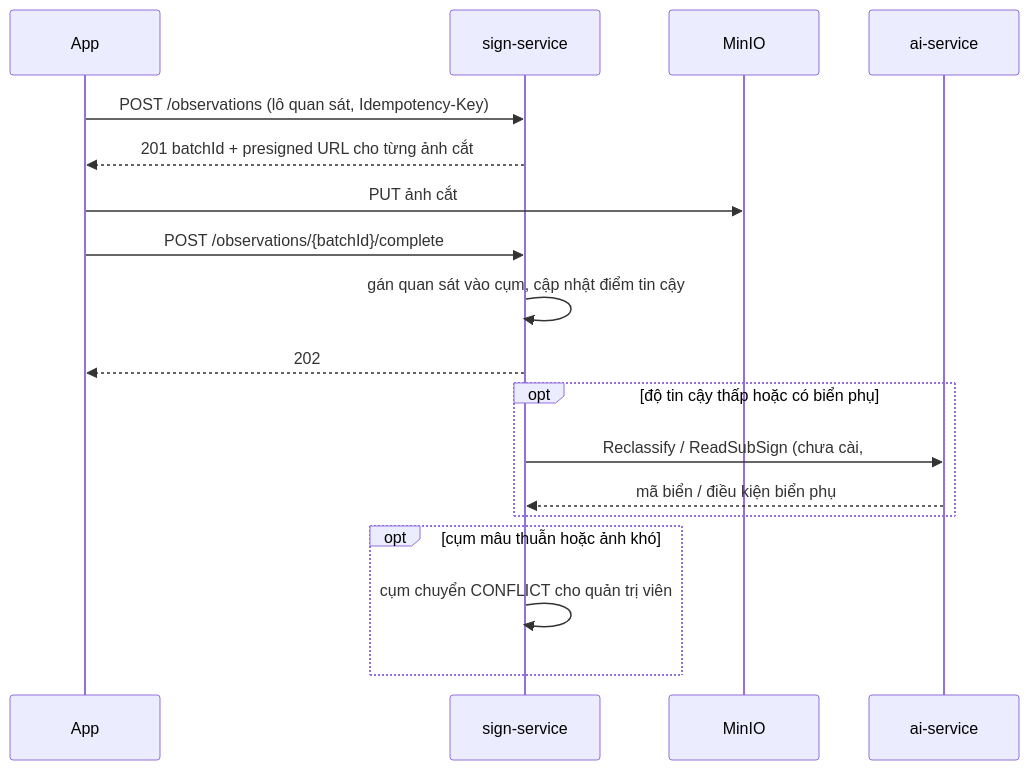
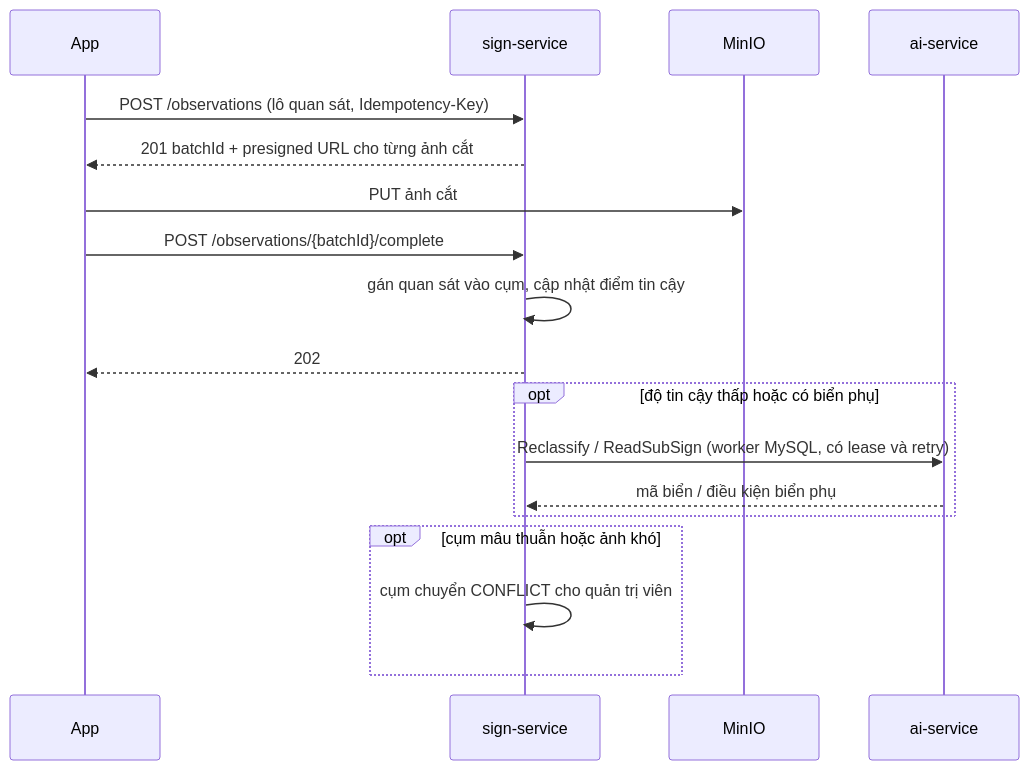
One commit to hana200804/DoAn changed the fourth of 8 diagrams in docs/03-kien-truc.md. Above: the diagram before and after it, drawn with Mermaid. The commit also changed 44 other files, not shown here.

````diff
--- a/docs/03-kien-truc.md
+++ b/docs/03-kien-truc.md
@@ -117,21 +117,21 @@
 ```mermaid
 sequenceDiagram
     participant App
     participant Sign as sign-service
     participant S3 as MinIO
     participant AI as ai-service
 
     App->>Sign: POST /observations (lô quan sát, Idempotency-Key)
     Sign-->>App: 201 batchId + presigned URL cho từng ảnh cắt
     App->>S3: PUT ảnh cắt
     App->>Sign: POST /observations/{batchId}/complete
     Sign->>Sign: gán quan sát vào cụm, cập nhật điểm tin cậy
     Sign-->>App: 202
     opt độ tin cậy thấp hoặc có biển phụ
-        Sign->>AI: Reclassify / ReadSubSign (chưa cài, #42)
+        Sign->>AI: Reclassify / ReadSubSign (worker MySQL, có lease và retry)
         AI-->>Sign: mã biển / điều kiện biển phụ
     end
     opt cụm mâu thuẫn hoặc ảnh khó
         Sign->>Sign: cụm chuyển CONFLICT cho quản trị viên
     end
 ```
````
